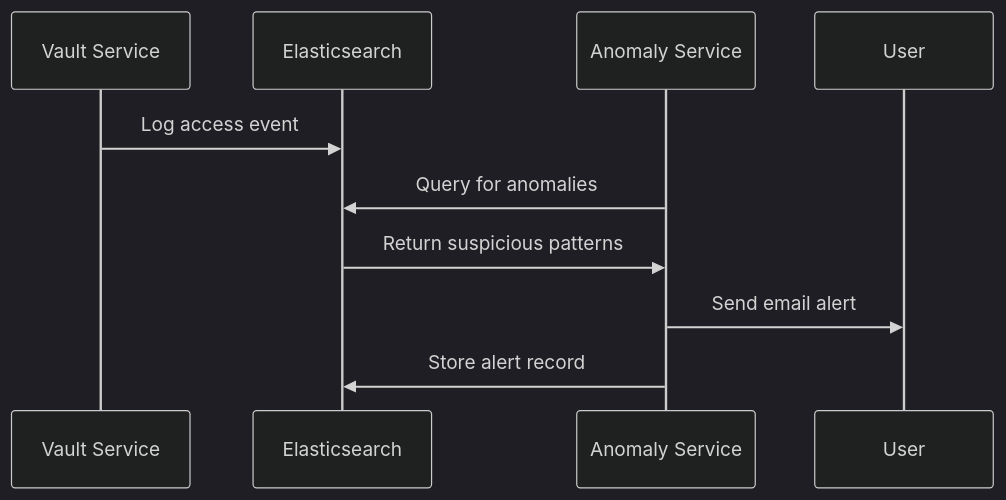
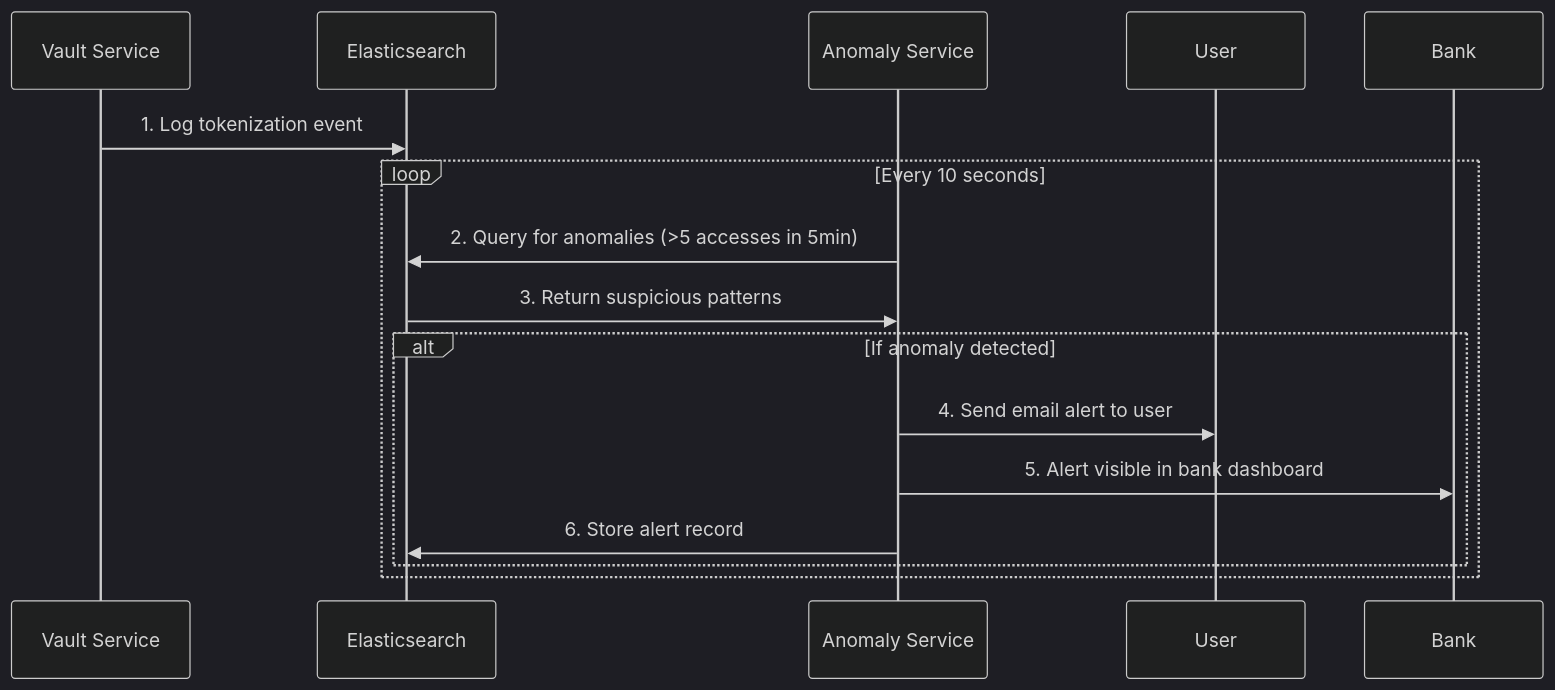
One commit to laatu08/cyberhack changed the fourth of 4 diagrams in README.md. Above: the diagram before and after it, drawn with Mermaid (dark theme). The commit also changed other lines of this file, not shown here.

Commit message:
Update README.md with accurate user flow and system details

````diff
--- a/README.md
+++ b/README.md
@@ -267,13 +438,19 @@
 ```mermaid
 sequenceDiagram
     participant V as Vault Service
     participant E as Elasticsearch
     participant A as Anomaly Service
     participant U as User
+    participant B as Bank
 
-    V->>E: Log access event
-    A->>E: Query for anomalies
-    E->>A: Return suspicious patterns
-    A->>U: Send email alert
-    A->>E: Store alert record
+    V->>E: 1. Log tokenization event
+    loop Every 10 seconds
+        A->>E: 2. Query for anomalies (>5 accesses in 5min)
+        E->>A: 3. Return suspicious patterns
+        alt If anomaly detected
+            A->>U: 4. Send email alert to user
+            A->>B: 5. Alert visible in bank dashboard
+            A->>E: 6. Store alert record
+        end
+    end
 ```
````
